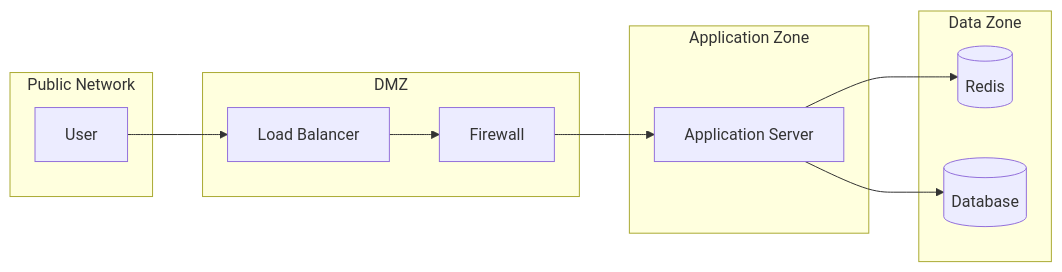
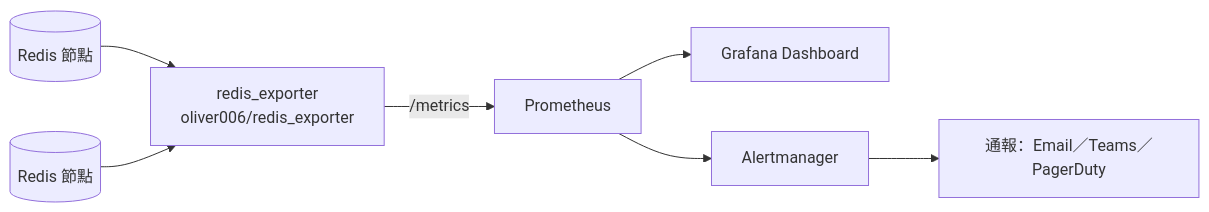
One commit to chihhung/Blog changed diagram 19 of 30 in content/posts/教學/工具/Redis教學手冊.md. Above: the diagram before and after it, drawn with Mermaid. The commit also changed other lines of this file and 10 other files, not shown here.

````diff
--- a/content/posts/教學/工具/Redis教學手冊.md
+++ b/content/posts/教學/工具/Redis教學手冊.md
@@ -2347,24 +3417,8 @@
 ```mermaid
 flowchart LR
-    subgraph "Public Network"
-        U[User]
-    end
-    
-    subgraph "DMZ"
-        LB[Load Balancer]
-        FW[Firewall]
-    end
-    
-    subgraph "Application Zone"
-        APP[Application Server]
-    end
-    
-    subgraph "Data Zone"
-        REDIS[(Redis)]
-        DB[(Database)]
-    end
-    
-    U --> LB --> FW --> APP
-    APP --> REDIS
-    APP --> DB
+    R1[(Redis 節點)] --> E[redis_exporter<br/>oliver006/redis_exporter]
+    R2[(Redis 節點)] --> E
+    E -->|/metrics| P[Prometheus]
+    P --> G[Grafana Dashboard]
+    P --> AM[Alertmanager] --> N[通報：Email／Teams／PagerDuty]
 ```
````
